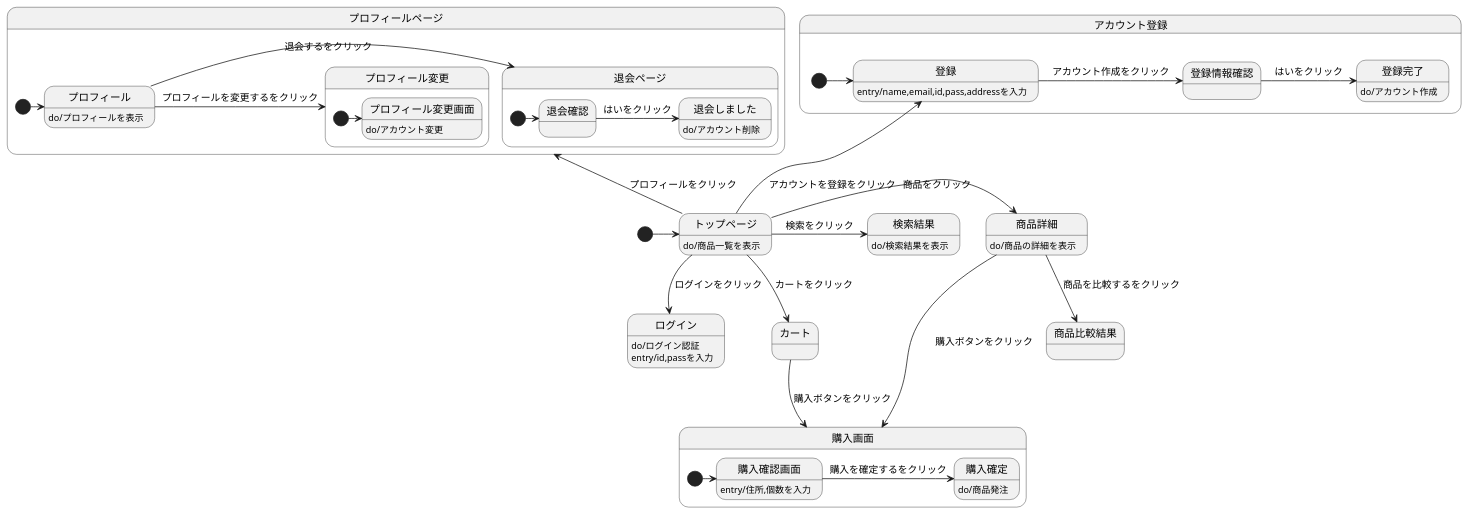
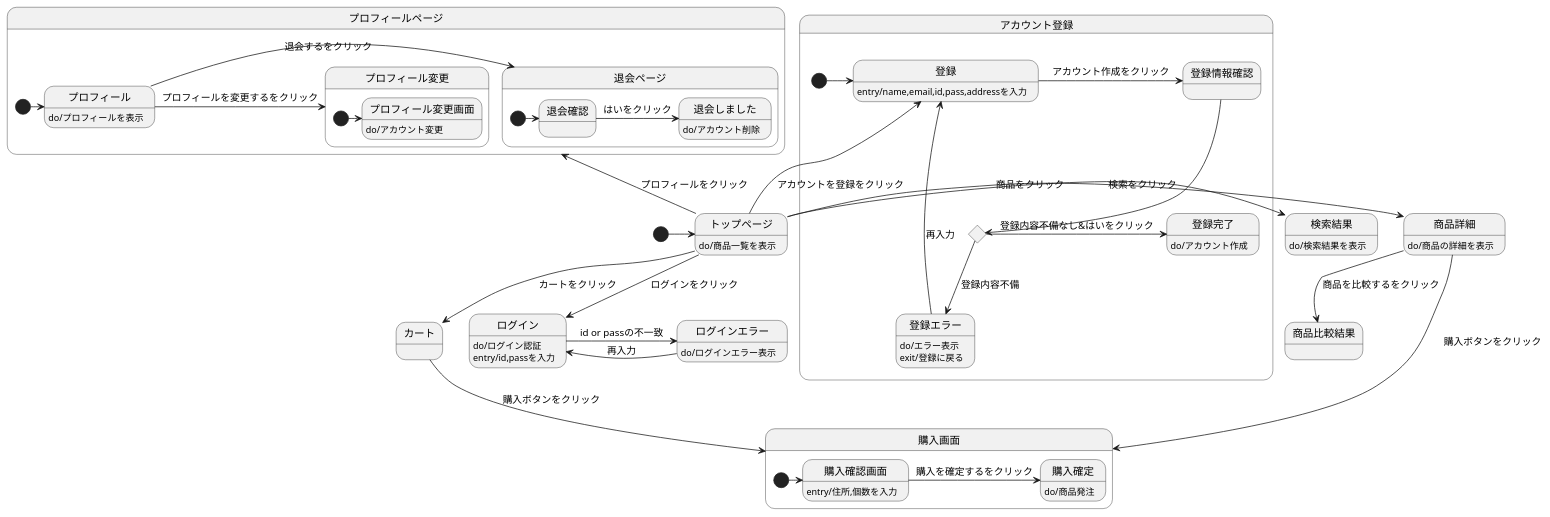
One commit to Aso2001159/2021sys-design changed the diagram in stm01.md. Above: the diagram before and after it, drawn with PlantUML.

````diff
--- a/stm01.md
+++ b/stm01.md
@@ -1,49 +1,58 @@
 ```uml
 
 @startuml
 [*]->トップページ
 トップページ : do/商品一覧を表示
 トップページ->商品詳細 : 商品をクリック
   商品詳細 : do/商品の詳細を表示
   商品詳細 --> 商品比較結果 : 商品を比較するをクリック
   商品詳細-> 購入画面 :　購入ボタンをクリック
 トップページ-down->ログイン :ログインをクリック
   ログイン : do/ログイン認証
   ログイン : entry/id,passを入力
+  ログイン -> ログインエラー : id or passの不一致
+    ログインエラー :do/ログインエラー表示
+  ログインエラー -> ログイン : 再入力
 トップページ-->カート :カートをクリック
 カート --> 購入画面 : 購入ボタンをクリック
 state 購入画面{
   [*]-> 購入確認画面
   購入確認画面 : entry/住所,個数を入力
   購入確認画面 -> 購入確定 : 購入を確定するをクリック
   購入確定 : do/商品発注
 }
 state アカウント登録{
 [*]-> 登録 
   トップページ-up-> 登録 :アカウントを登録をクリック
+  state t確認 <<choice>>
   登録 : entry/name,email,id,pass,addressを入力
   登録 ->登録情報確認: アカウント作成をクリック
-  登録情報確認 -> 登録完了: はいをクリック
+  登録情報確認 --> t確認 
+  t確認 --> 登録エラー : 登録内容不備
+    登録エラー : do/エラー表示
+    登録エラー : exit/登録に戻る
+   登録エラー -> 登録 : 再入力
+  t確認 -> 登録完了: 登録内容不備なし&はいをクリック
     登録完了: do/アカウント作成
   }
 トップページ->検索結果 :検索をクリック
   検索結果 : do/検索結果を表示
 トップページ-up->プロフィールページ :プロフィールをクリック
 state プロフィールページ{
 [*] -> プロフィール
 プロフィール : do/プロフィールを表示
   プロフィール ->退会ページ :退会するをクリック
   state 退会ページ{
     [*]-> 退会確認 
     退会確認-> 退会しました : はいをクリック
       退会しました : do/アカウント削除
     }
     プロフィール -> プロフィール変更 : プロフィールを変更するをクリック
     state プロフィール変更{
       [*]-> プロフィール変更画面
       プロフィール変更画面 : do/アカウント変更
     }
  }
 @enduml
 
 ```
````
